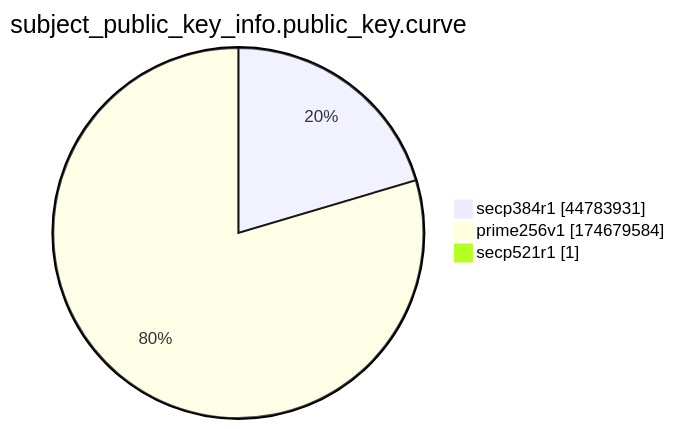
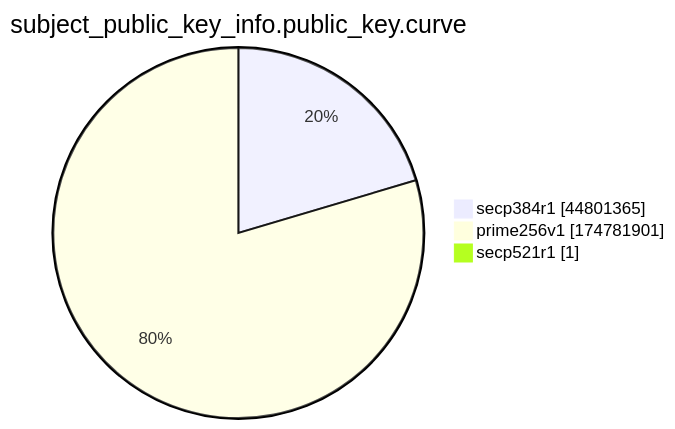
One commit to christiankrug/ctmonitor_visualization changed the ninth of 15 diagrams in xenon2022/README.md. Above: the diagram before and after it, drawn with Mermaid. The commit also changed other lines of this file, not shown here.

````diff
--- a/xenon2022/README.md
+++ b/xenon2022/README.md
@@ -2871,7 +2871,7 @@
 ```mermaid
 pie showData
 title subject_public_key_info.public_key.curve
-"secp384r1" :44783931
-"prime256v1" :174679584
+"secp384r1" :44801365
+"prime256v1" :174781901
 "secp521r1" :1
 ```
````
